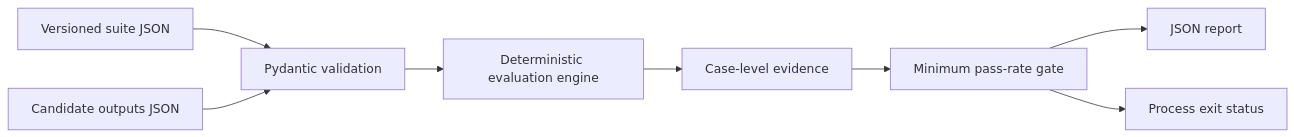
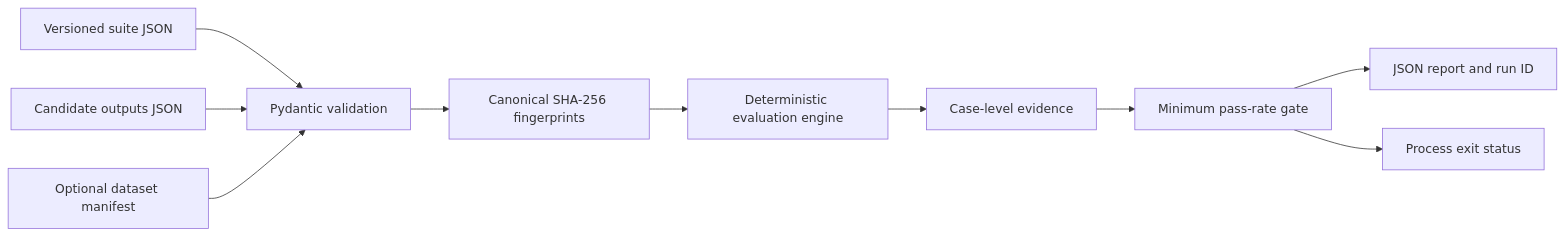
Before and after one commit to navaneeth9908/evalforge: the first of 2 diagrams in docs/architecture.md, drawn with Mermaid. The commit also changed other lines of this file and 11 other files, not shown here.

````diff
--- a/docs/architecture.md
+++ b/docs/architecture.md
@@ -7,10 +7,12 @@
 ```mermaid
 flowchart LR
     S[Versioned suite JSON] --> V[Pydantic validation]
     O[Candidate outputs JSON] --> V
-    V --> E[Deterministic evaluation engine]
+    M[Optional dataset manifest] --> V
+    V --> H[Canonical SHA-256 fingerprints]
+    H --> E[Deterministic evaluation engine]
     E --> R[Case-level evidence]
     R --> G[Minimum pass-rate gate]
-    G --> J[JSON report]
+    G --> J[JSON report and run ID]
     G --> X[Process exit status]
 ```
````
